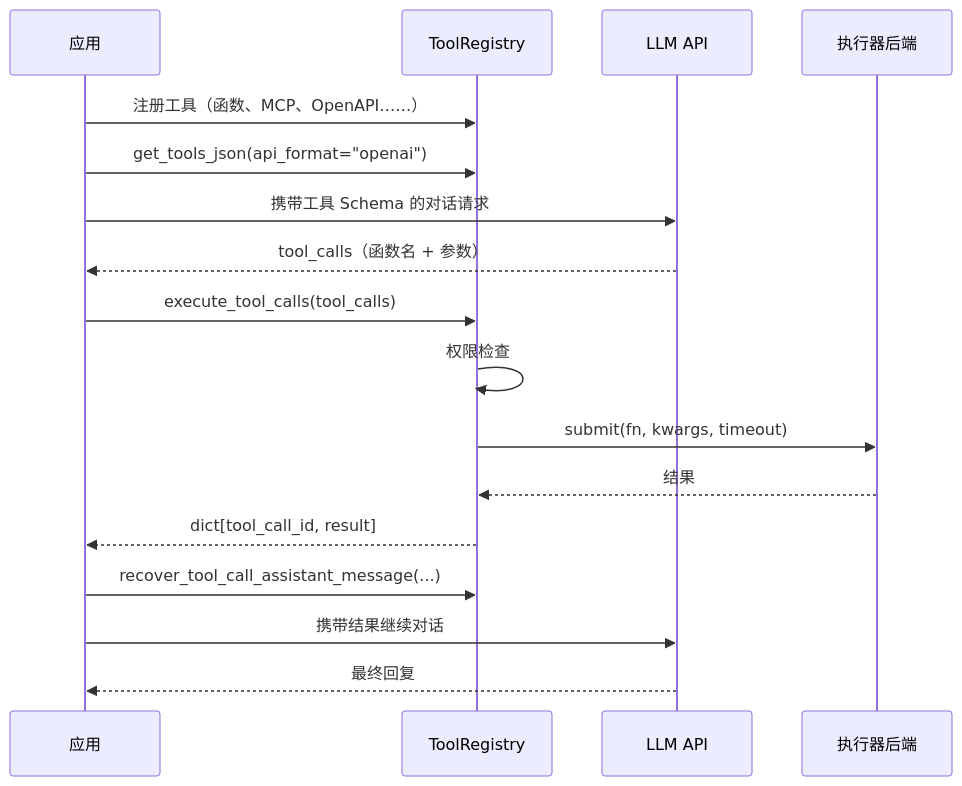
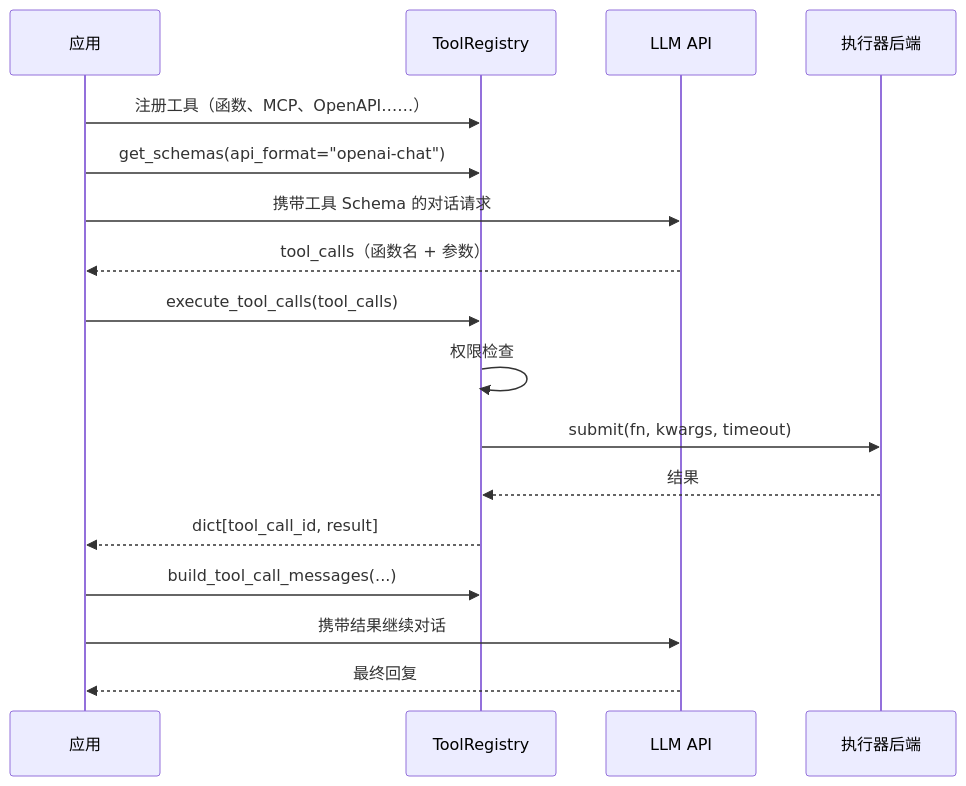
The second of 2 diagrams in docs/architecture/overview.md (Oaklight/ToolRegistry), drawn with Mermaid before and after one commit. The commit also changed other lines of this file and 20 other files, not shown here.

First line of the commit message:
docs: update API names and add message building guide (#107)

````diff
--- a/docs/architecture/overview.md
+++ b/docs/architecture/overview.md
@@ -84,20 +84,20 @@
 ```mermaid
 sequenceDiagram
     participant App as 应用
     participant Registry as ToolRegistry
     participant LLM as LLM API
     participant Backend as 执行器后端
 
     App->>Registry: 注册工具（函数、MCP、OpenAPI……）
-    App->>Registry: get_tools_json(api_format="openai")
+    App->>Registry: get_schemas(api_format="openai-chat")
     App->>LLM: 携带工具 Schema 的对话请求
     LLM-->>App: tool_calls（函数名 + 参数）
     App->>Registry: execute_tool_calls(tool_calls)
     Registry->>Registry: 权限检查
     Registry->>Backend: submit(fn, kwargs, timeout)
     Backend-->>Registry: 结果
     Registry-->>App: dict[tool_call_id, result]
-    App->>Registry: recover_tool_call_assistant_message(...)
+    App->>Registry: build_tool_call_messages(...)
     App->>LLM: 携带结果继续对话
     LLM-->>App: 最终回复
 ```
````
